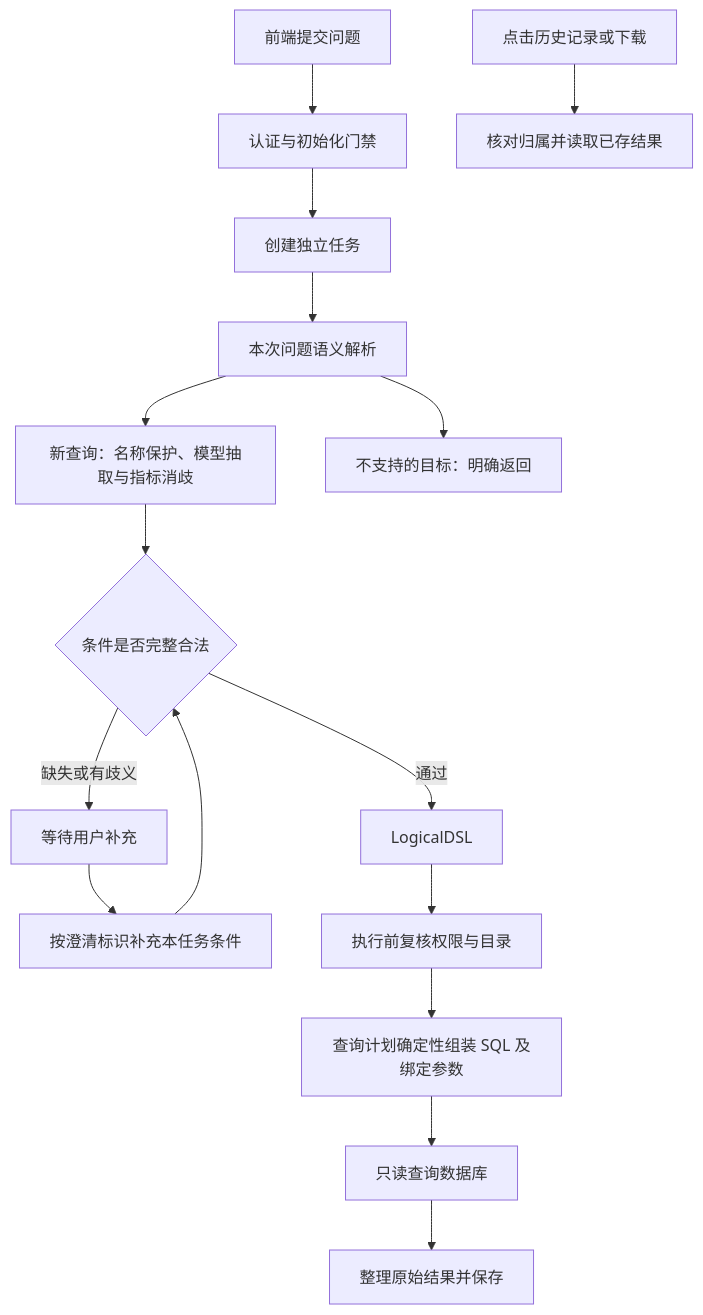
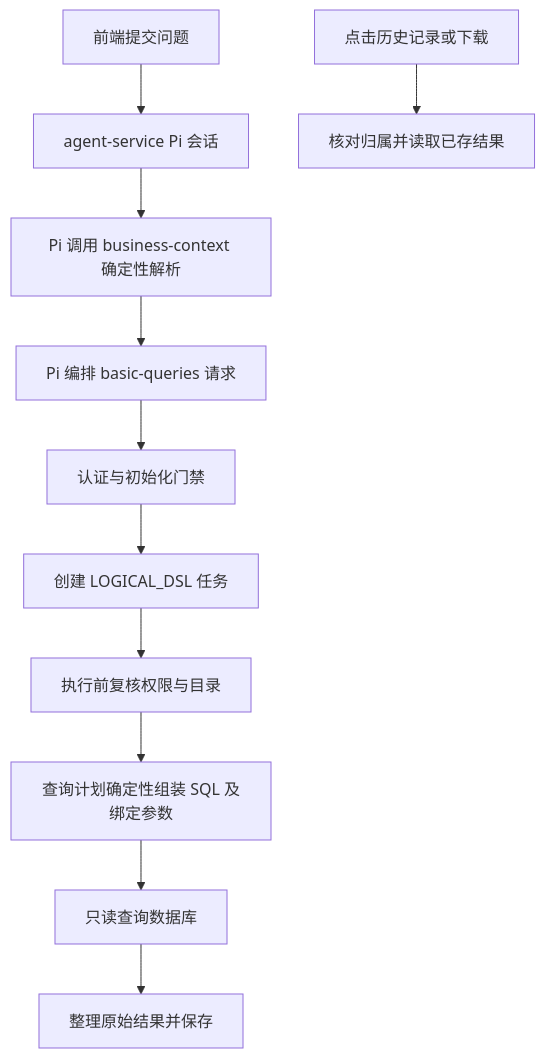
Before and after one commit to 6CYS/ask-metric-project: the diagram in docs/关键代码阅读指南.md, drawn with Mermaid. The commit also changed other lines of this file and 187 other files, not shown here.

First line of the commit message:
查询意图 v2 重构：移除 SQL 模板与测试中心，完善业务上下文与机构查询范围

````diff
--- a/docs/关键代码阅读指南.md
+++ b/docs/关键代码阅读指南.md
@@ -31,18 +36,13 @@
 ```mermaid
 flowchart TD
-    A[前端提交问题] --> B[认证与初始化门禁]
-    B --> C[创建独立任务]
-    C --> D[本次问题语义解析]
-    D --> E[新查询：名称保护、模型抽取与指标消歧]
-    D --> H[不支持的目标：明确返回]
-    E --> I{条件是否完整合法}
-    I -->|缺失或有歧义| J[等待用户补充]
-    J --> P[按澄清标识补充本任务条件]
-    P --> I
-    I -->|通过| K[LogicalDSL]
-    K --> L[执行前复核权限与目录]
-    L --> M[查询计划确定性组装 SQL 及绑定参数]
-    M --> N[只读查询数据库]
-    N --> O[整理原始结果并保存]
-    Q[点击历史记录或下载] --> R[核对归属并读取已存结果]
+    A[前端提交问题] --> B[agent-service Pi 会话]
+    B --> C[Pi 调用 business-context 确定性解析]
+    C --> D[Pi 编排 basic-queries 请求]
+    D --> E[认证与初始化门禁]
+    E --> F[创建 LOGICAL_DSL 任务]
+    F --> G[执行前复核权限与目录]
+    G --> H[查询计划确定性组装 SQL 及绑定参数]
+    H --> I[只读查询数据库]
+    I --> J[整理原始结果并保存]
+    K[点击历史记录或下载] --> L[核对归属并读取已存结果]
 ```
````
